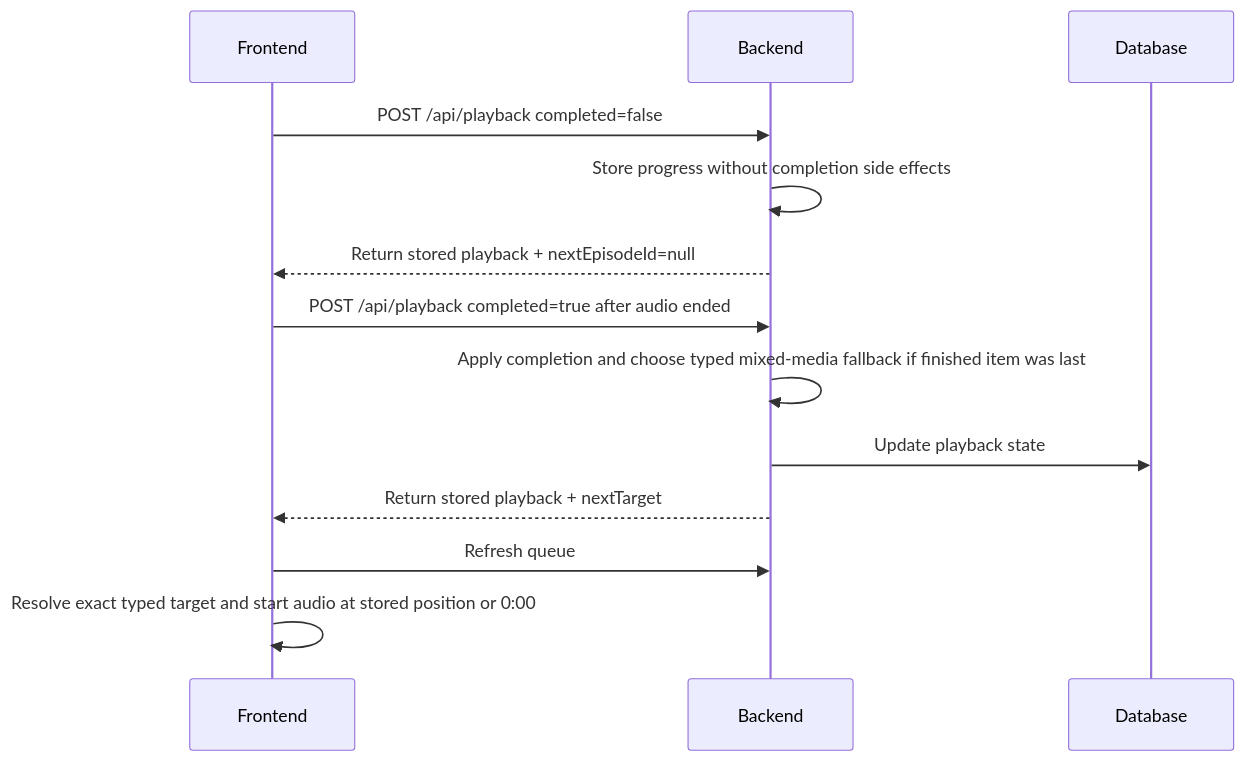
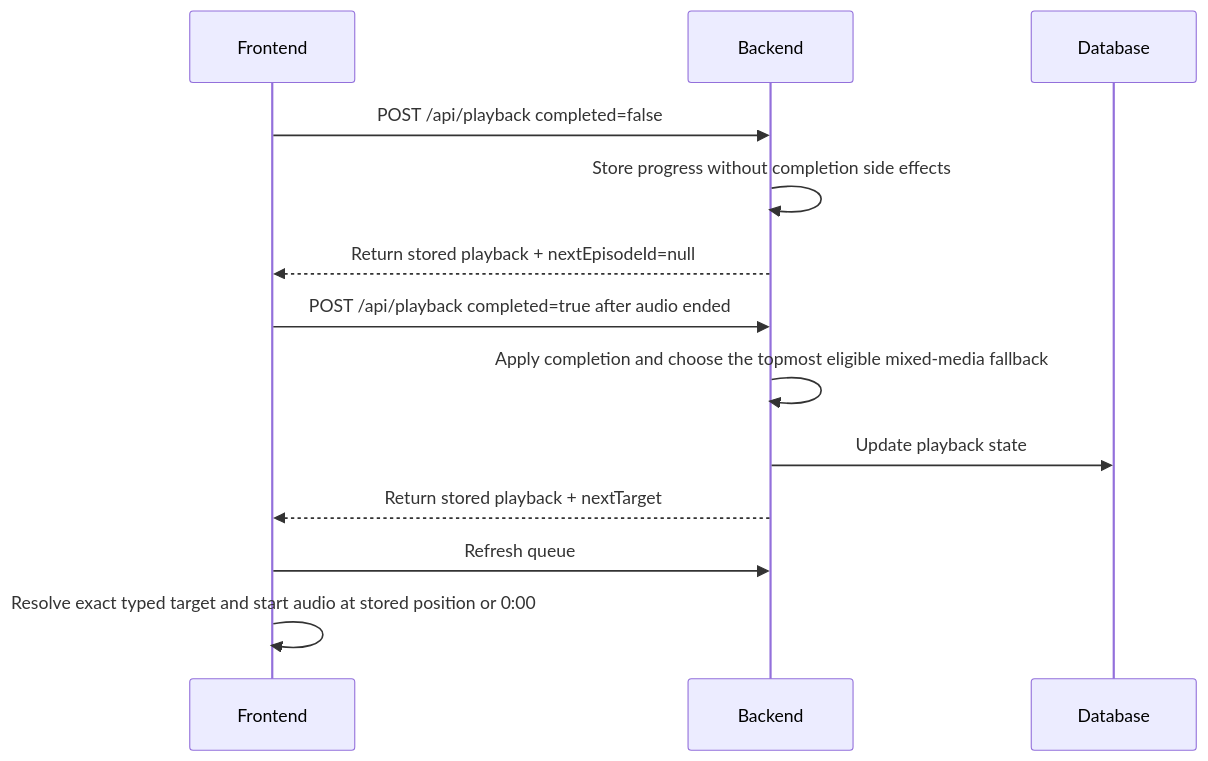
Before and after one commit to alnat2/mpod: the fifth of 5 diagrams in docs/architecture.md, drawn with Mermaid. The commit also changed other lines of this file and 5 other files, not shown here.

````diff
--- a/docs/architecture.md
+++ b/docs/architecture.md
@@ -414,16 +414,16 @@
 ```mermaid
 sequenceDiagram
   participant F as Frontend
   participant B as Backend
   participant D as Database
 
   F->>B: POST /api/playback completed=false
   B->>B: Store progress without completion side effects
   B-->>F: Return stored playback + nextEpisodeId=null
   F->>B: POST /api/playback completed=true after audio ended
-  B->>B: Apply completion and choose typed mixed-media fallback if finished item was last
+  B->>B: Apply completion and choose the topmost eligible mixed-media fallback
   B->>D: Update playback state
   B-->>F: Return stored playback + nextTarget
   F->>B: Refresh queue
   F->>F: Resolve exact typed target and start audio at stored position or 0:00
 ```
````
